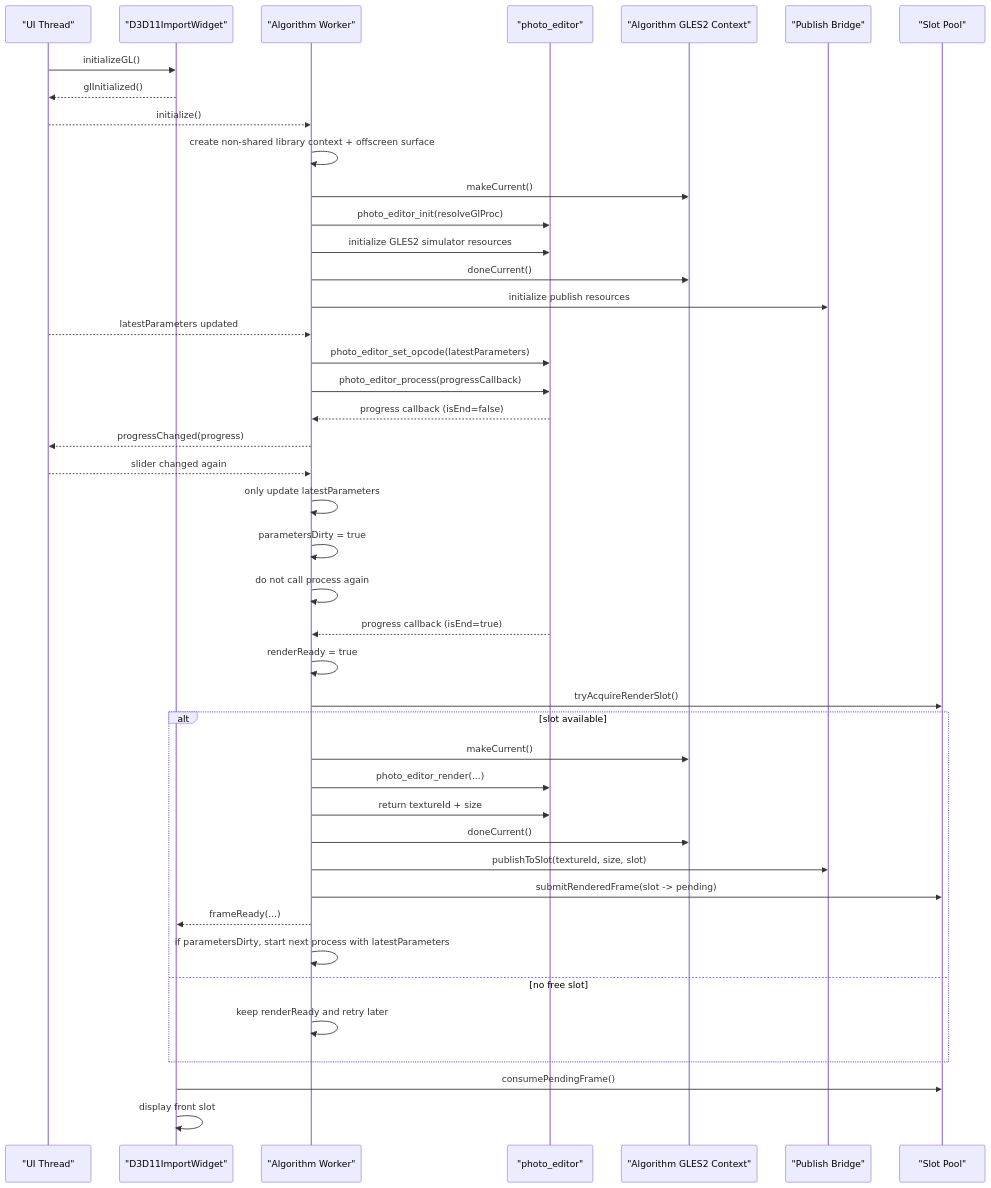
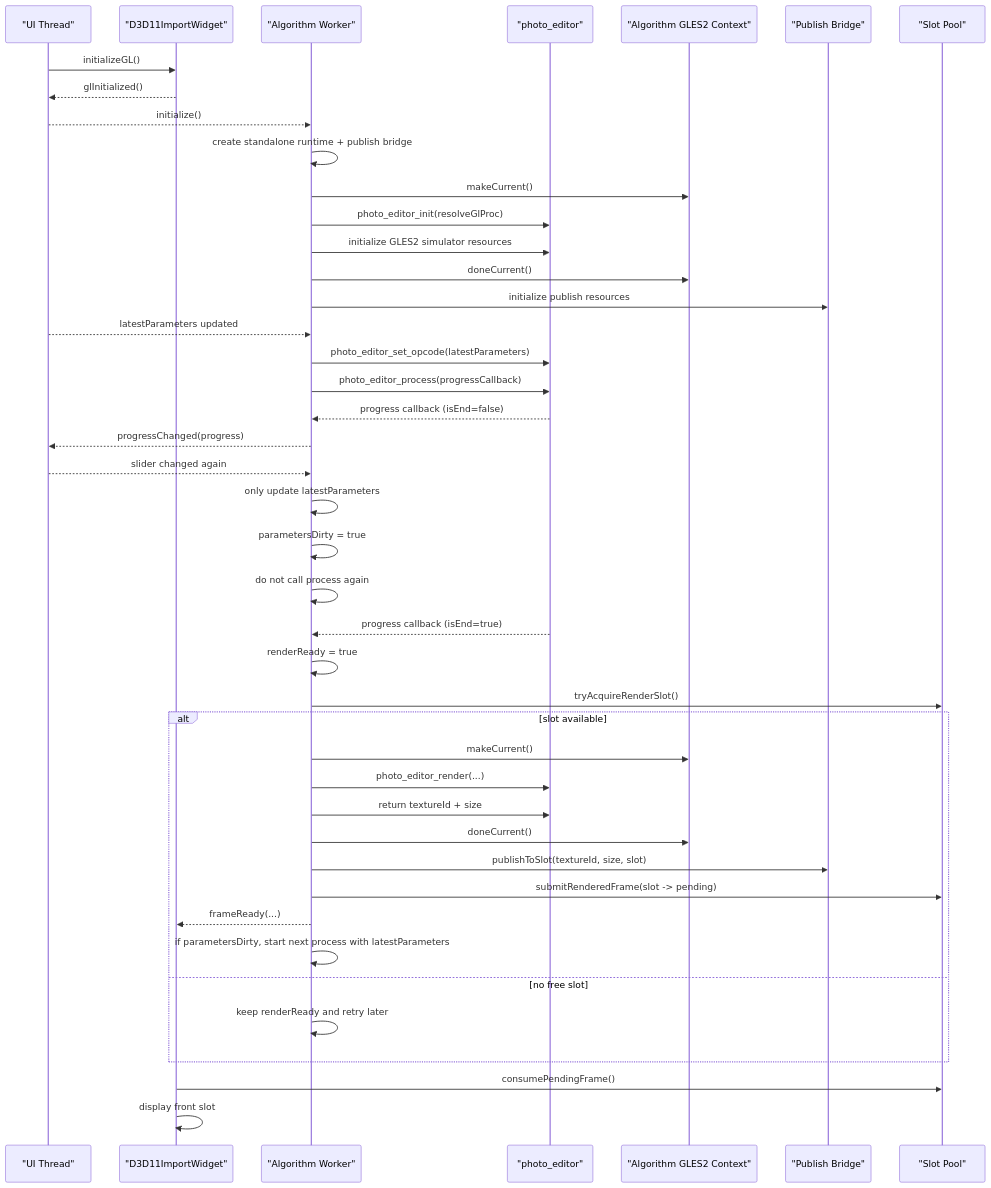
One commit to Peranger1/Gles2AsyncRender changed the diagram in docs/PHOTO_EDITOR_ALGORITHM_INTEGRATION_PLAN.md. Above: the diagram before and after it, drawn with Mermaid. The commit also changed other lines of this file and 12 other files, not shown here.

Commit message:
Implement standalone publish bridge phase 2 closure

````diff
--- a/docs/PHOTO_EDITOR_ALGORITHM_INTEGRATION_PLAN.md
+++ b/docs/PHOTO_EDITOR_ALGORITHM_INTEGRATION_PLAN.md
@@ -421,52 +420,52 @@
 ```mermaid
 sequenceDiagram
     participant UI as "UI Thread"
     participant Widget as "D3D11ImportWidget"
     participant Worker as "Algorithm Worker"
     participant Lib as "photo_editor"
     participant AlgoCtx as "Algorithm GLES2 Context"
     participant Bridge as "Publish Bridge"
     participant Pool as "Slot Pool"
 
     UI->>Widget: initializeGL()
     Widget-->>UI: glInitialized()
     UI-->>Worker: initialize()
-    Worker->>Worker: create non-shared library context + offscreen surface
+    Worker->>Worker: create standalone runtime + publish bridge
     Worker->>AlgoCtx: makeCurrent()
     Worker->>Lib: photo_editor_init(resolveGlProc)
     Worker->>Lib: initialize GLES2 simulator resources
     Worker->>AlgoCtx: doneCurrent()
     Worker->>Bridge: initialize publish resources
 
     UI-->>Worker: latestParameters updated
     Worker->>Lib: photo_editor_set_opcode(latestParameters)
     Worker->>Lib: photo_editor_process(progressCallback)
 
     Lib-->>Worker: progress callback (isEnd=false)
     Worker-->>UI: progressChanged(progress)
 
     UI-->>Worker: slider changed again
     Worker->>Worker: only update latestParameters
     Worker->>Worker: parametersDirty = true
     Worker->>Worker: do not call process again
 
     Lib-->>Worker: progress callback (isEnd=true)
     Worker->>Worker: renderReady = true
     Worker->>Pool: tryAcquireRenderSlot()
 
     alt slot available
         Worker->>AlgoCtx: makeCurrent()
         Worker->>Lib: photo_editor_render(...)
         Worker->>Lib: return textureId + size
         Worker->>AlgoCtx: doneCurrent()
         Worker->>Bridge: publishToSlot(textureId, size, slot)
         Worker->>Pool: submitRenderedFrame(slot -> pending)
         Worker-->>Widget: frameReady(...)
         Worker->>Worker: if parametersDirty, start next process with latestParameters
     else no free slot
         Worker->>Worker: keep renderReady and retry later
     end
 
     Widget->>Pool: consumePendingFrame()
     Widget->>Widget: display front slot
 ```
````
